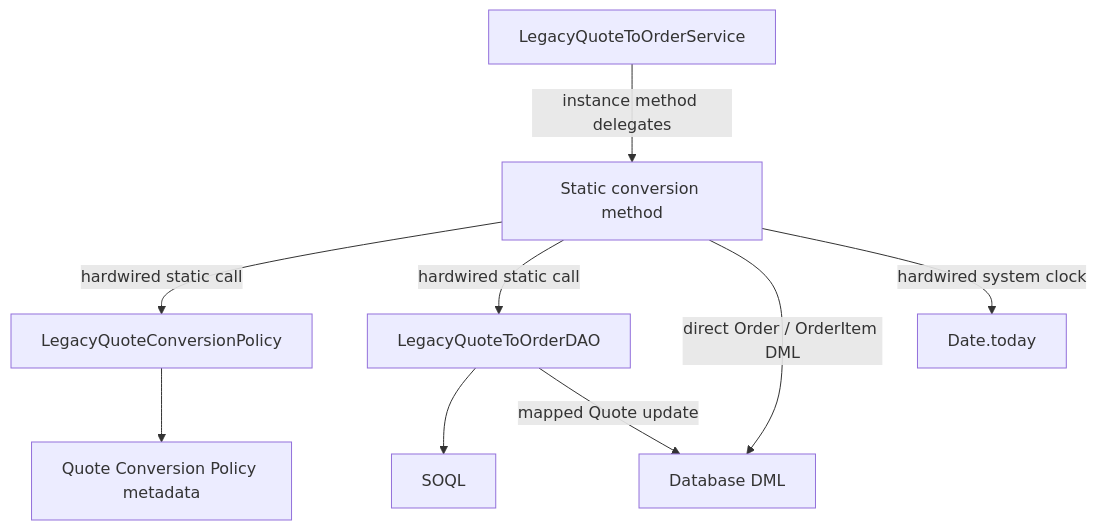
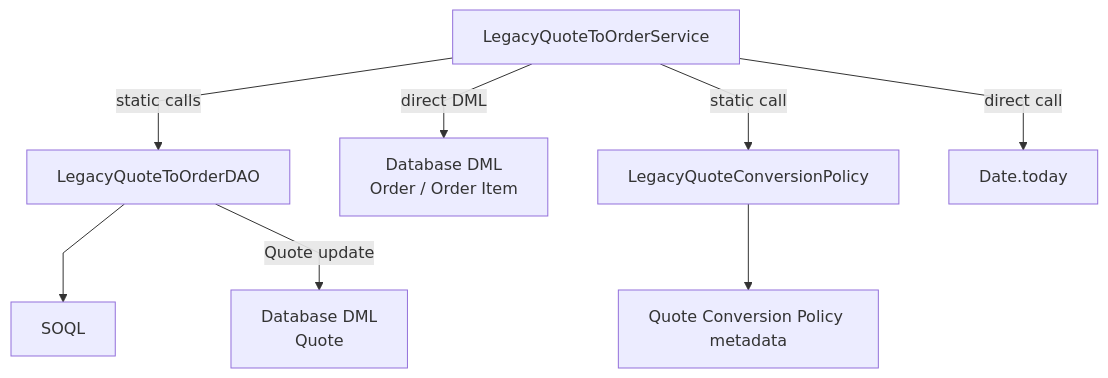
One commit to FirstPlatoLV/Apex_Unit_Test_BB changed the first of 2 diagrams in README.md. Above: the diagram before and after it, drawn with Mermaid. The commit also changed other lines of this file, not shown here.

Commit message:
Improve README architecture flow

````diff
--- a/README.md
+++ b/README.md
@@ -11,23 +35,16 @@
 ```mermaid
+%%{init: {"flowchart": {"curve": "linear"}}}%%
 flowchart TB
   LegacyService["LegacyQuoteToOrderService"]
-  StaticLogic["Static conversion method"]
-  LegacyPolicy["LegacyQuoteConversionPolicy"]
-  Metadata["Quote Conversion Policy metadata"]
-  LegacyDAO["LegacyQuoteToOrderDAO"]
-  SOQL["SOQL"]
-  Database["Database DML"]
-  SystemDate["Date.today"]
 
-  LegacyService -->|"instance method delegates"| StaticLogic
+  LegacyService -->|"static calls"| LegacyDAO["LegacyQuoteToOrderDAO"]
+  LegacyDAO --> SOQL["SOQL"]
+  LegacyDAO -->|"Quote update"| QuoteDML["Database DML<br/>Quote"]
 
-  StaticLogic -->|"hardwired static call"| LegacyPolicy
-  LegacyPolicy --> Metadata
+  LegacyService -->|"direct DML"| OrderDML["Database DML<br/>Order / Order Item"]
 
-  StaticLogic -->|"hardwired static call"| LegacyDAO
-  LegacyDAO --> SOQL
-  StaticLogic -->|"direct Order / OrderItem DML"| Database
-  LegacyDAO -->|"mapped Quote update"| Database
+  LegacyService -->|"static call"| LegacyPolicy["LegacyQuoteConversionPolicy"]
+  LegacyPolicy --> Metadata["Quote Conversion Policy metadata"]
 
-  StaticLogic -->|"hardwired system clock"| SystemDate
+  LegacyService -->|"direct call"| SystemDate["Date.today"]
 ```
````
